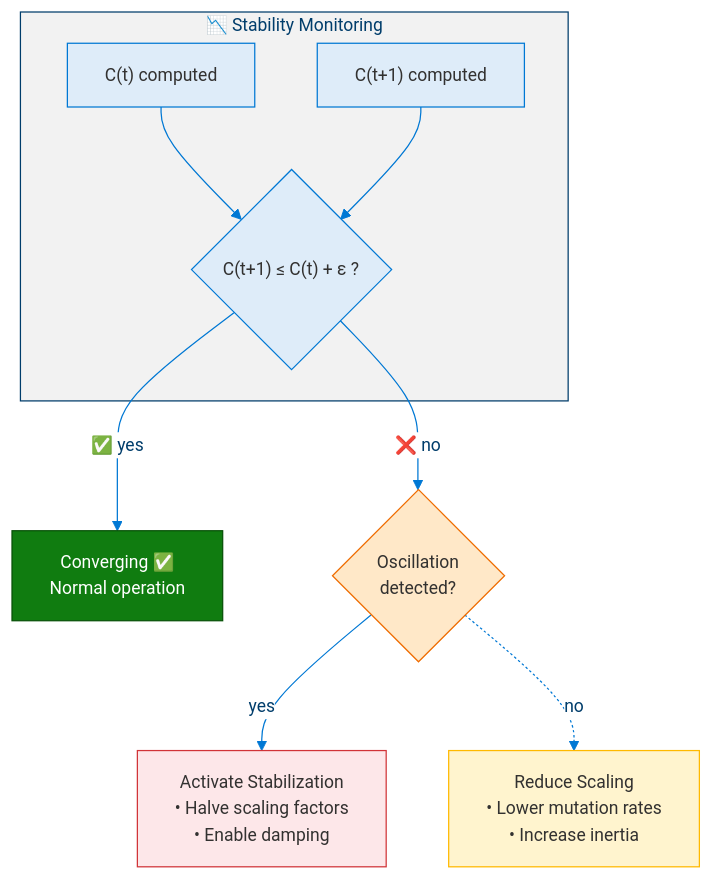
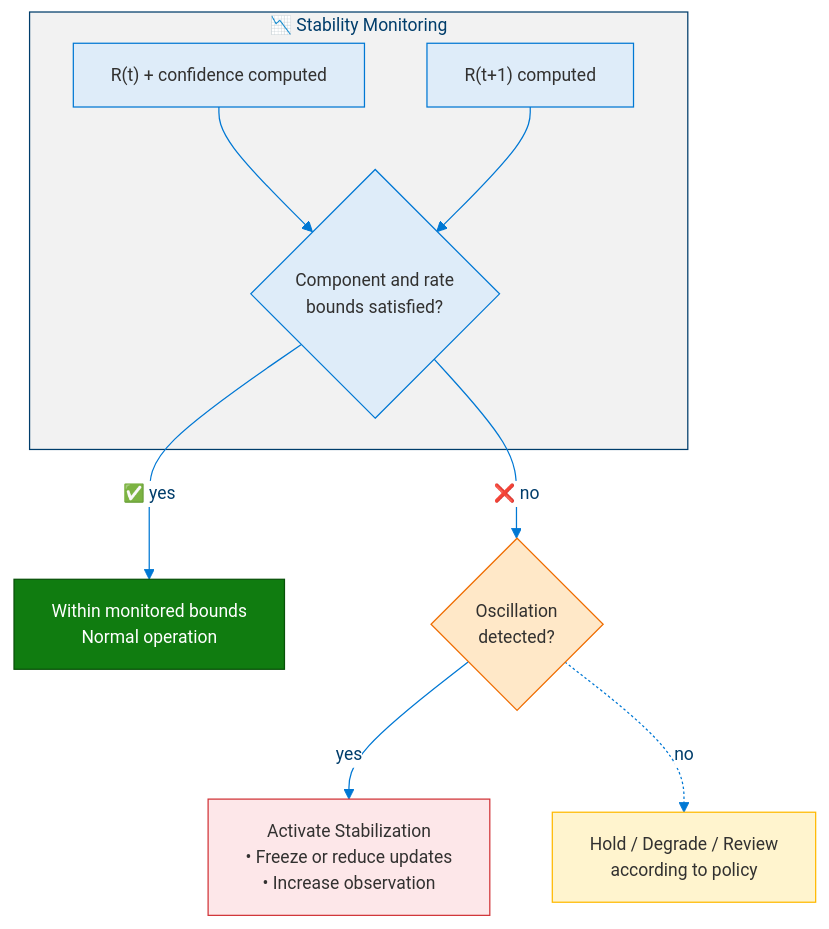
One commit to dotnetpower/mscp changed diagram 13 of 19 in docs/levels/Level_3_Self_Regulating_Agent.md. Above: the diagram before and after it, drawn with Mermaid. The commit also changed other lines of this file and 21 other files, not shown here.

````diff
--- a/docs/levels/Level_3_Self_Regulating_Agent.md
+++ b/docs/levels/Level_3_Self_Regulating_Agent.md
@@ -887,27 +980,27 @@
 ```mermaid
 %%{init: {'theme': 'base', 'themeVariables': {'primaryColor': '#0078D4', 'primaryTextColor': '#003D6B', 'primaryBorderColor': '#003D6B', 'secondaryColor': '#50E6FF', 'secondaryTextColor': '#323130', 'secondaryBorderColor': '#00BCF2', 'tertiaryColor': '#F2F2F2', 'tertiaryTextColor': '#323130', 'lineColor': '#0078D4', 'textColor': '#323130', 'mainBkg': '#DEECF9', 'nodeBorder': '#0078D4', 'clusterBkg': '#F2F2F2', 'clusterBorder': '#003D6B', 'titleColor': '#003D6B', 'edgeLabelBackground': '#FFFFFF', 'fontSize': '14px'}}}%%
 flowchart TD
   classDef azure fill:#DEECF9,stroke:#0078D4,color:#323130
   classDef success fill:#107C10,stroke:#085108,color:#FFF
   classDef warning fill:#FFE8C8,stroke:#EF6C00,color:#323130
   classDef danger fill:#FDE7E9,stroke:#D13438,color:#323130
   classDef predict fill:#FFF4CE,stroke:#FFB900,color:#323130
 
   subgraph Monitor["📉 Stability Monitoring"]
-    CT["C(t) computed"]:::azure
-    CT1["C(t+1) computed"]:::azure
-    COMPARE{"C(t+1) ≤ C(t) + ε ?"}:::azure
+    CT["R(t) + confidence computed"]:::azure
+    CT1["R(t+1) computed"]:::azure
+    COMPARE{"Component and rate<br/>bounds satisfied?"}:::azure
     CT --> COMPARE
     CT1 --> COMPARE
   end
 
-  CONV["Converging ✅<br/>Normal operation"]:::success
+  CONV["Within monitored bounds<br/>Normal operation"]:::success
   OSC{"Oscillation<br/>detected?"}:::warning
-  STAB["Activate Stabilization<br/>• Halve scaling factors<br/>• Enable damping"]:::danger
-  REDUCE["Reduce Scaling<br/>• Lower mutation rates<br/>• Increase inertia"]:::predict
+  STAB["Activate Stabilization<br/>• Freeze or reduce updates<br/>• Increase observation"]:::danger
+  REDUCE["Hold / Degrade / Review<br/>according to policy"]:::predict
 
   COMPARE -->|"✅ yes"| CONV
   COMPARE -->|"❌ no"| OSC
   OSC -->|yes| STAB
   OSC -.->|no| REDUCE
 ```
````
